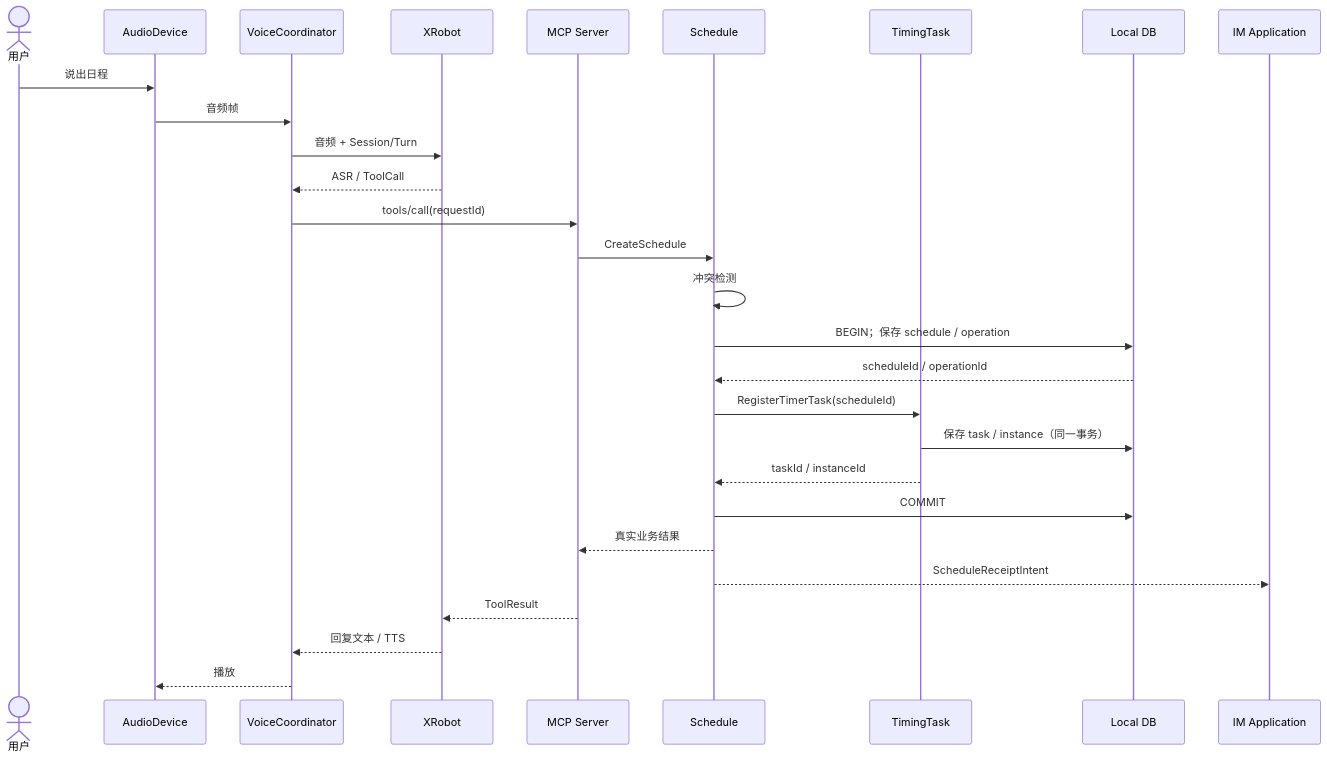
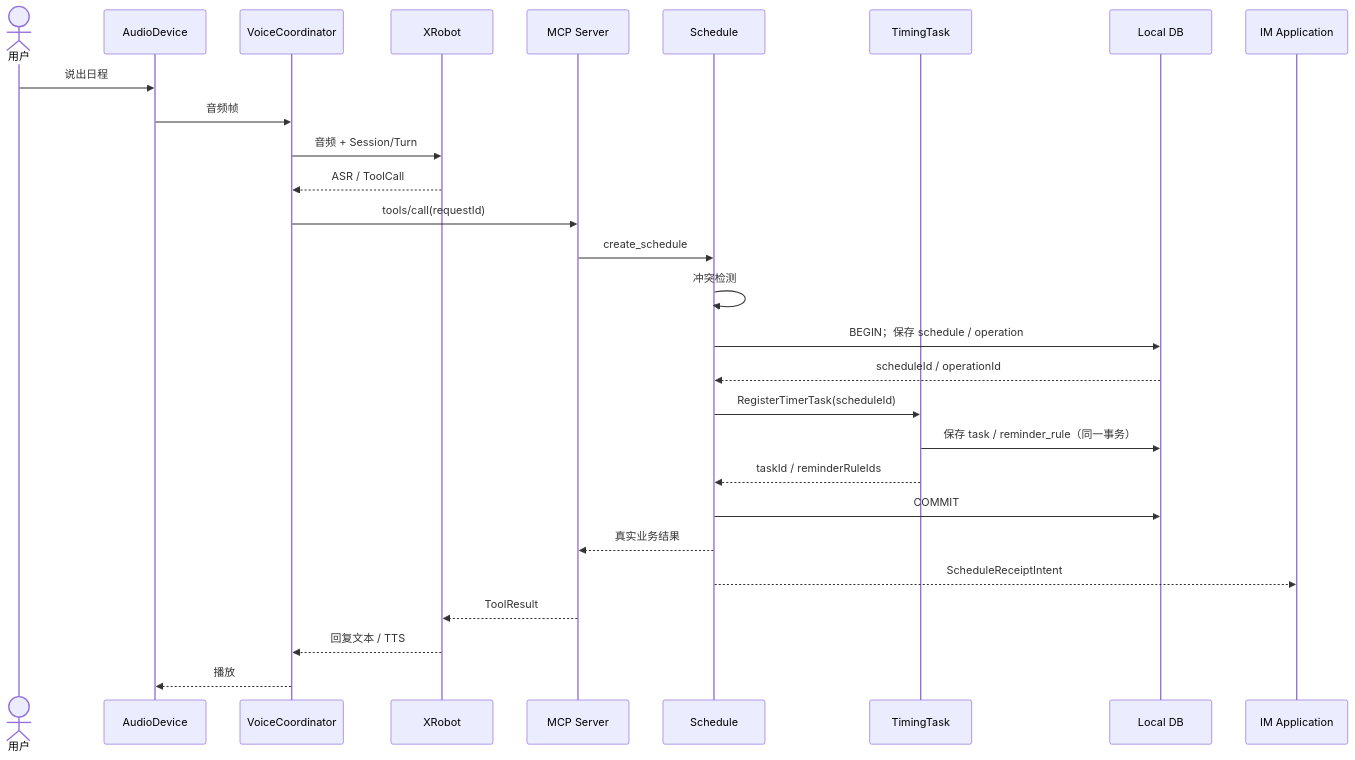
One commit to 1024XEngineer/VoiceLife changed the first of 5 diagrams in docs/整体架构设计format.md. Above: the diagram before and after it, drawn with Mermaid. The commit also changed other lines of this file, not shown here.

First line of the commit message:
docs(arch): align VoiceLife architecture with module designs

````diff
--- a/docs/整体架构设计format.md
+++ b/docs/整体架构设计format.md
@@ -82,31 +84,31 @@
 ```mermaid
 sequenceDiagram
   actor User as 用户
   participant Device as AudioDevice
   participant Voice as VoiceCoordinator
   participant XR as XRobot
   participant MCP as MCP Server
   participant S as Schedule
   participant T as TimingTask
   participant DB as Local DB
   participant IM as IM Application
 
   User->>Device: 说出日程
   Device->>Voice: 音频帧
   Voice->>XR: 音频 + Session/Turn
   XR-->>Voice: ASR / ToolCall
   Voice->>MCP: tools/call(requestId)
-  MCP->>S: CreateSchedule
+  MCP->>S: create_schedule
   S->>S: 冲突检测
   S->>DB: BEGIN；保存 schedule / operation
   DB-->>S: scheduleId / operationId
   S->>T: RegisterTimerTask(scheduleId)
-  T->>DB: 保存 task / instance（同一事务）
-  T-->>S: taskId / instanceId
+  T->>DB: 保存 task / reminder_rule（同一事务）
+  T-->>S: taskId / reminderRuleIds
   S->>DB: COMMIT
   S-->>MCP: 真实业务结果
   S-->>IM: ScheduleReceiptIntent
   MCP-->>XR: ToolResult
   XR-->>Voice: 回复文本 / TTS
   Voice-->>Device: 播放
 ```
````
